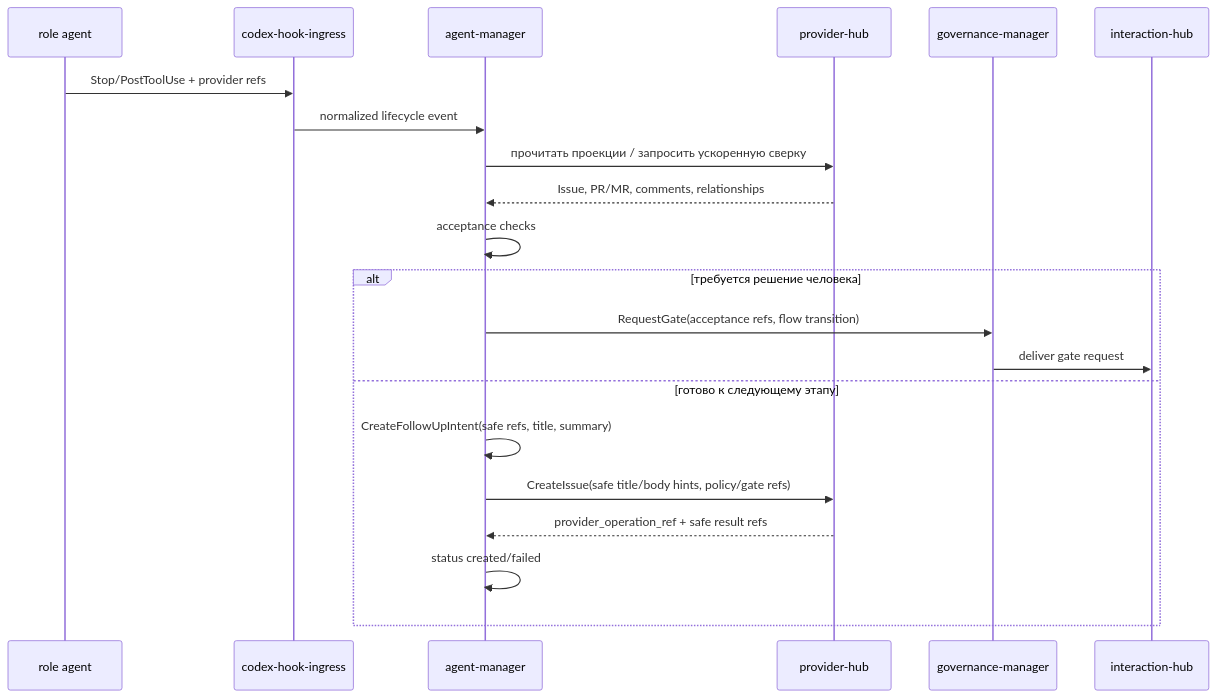
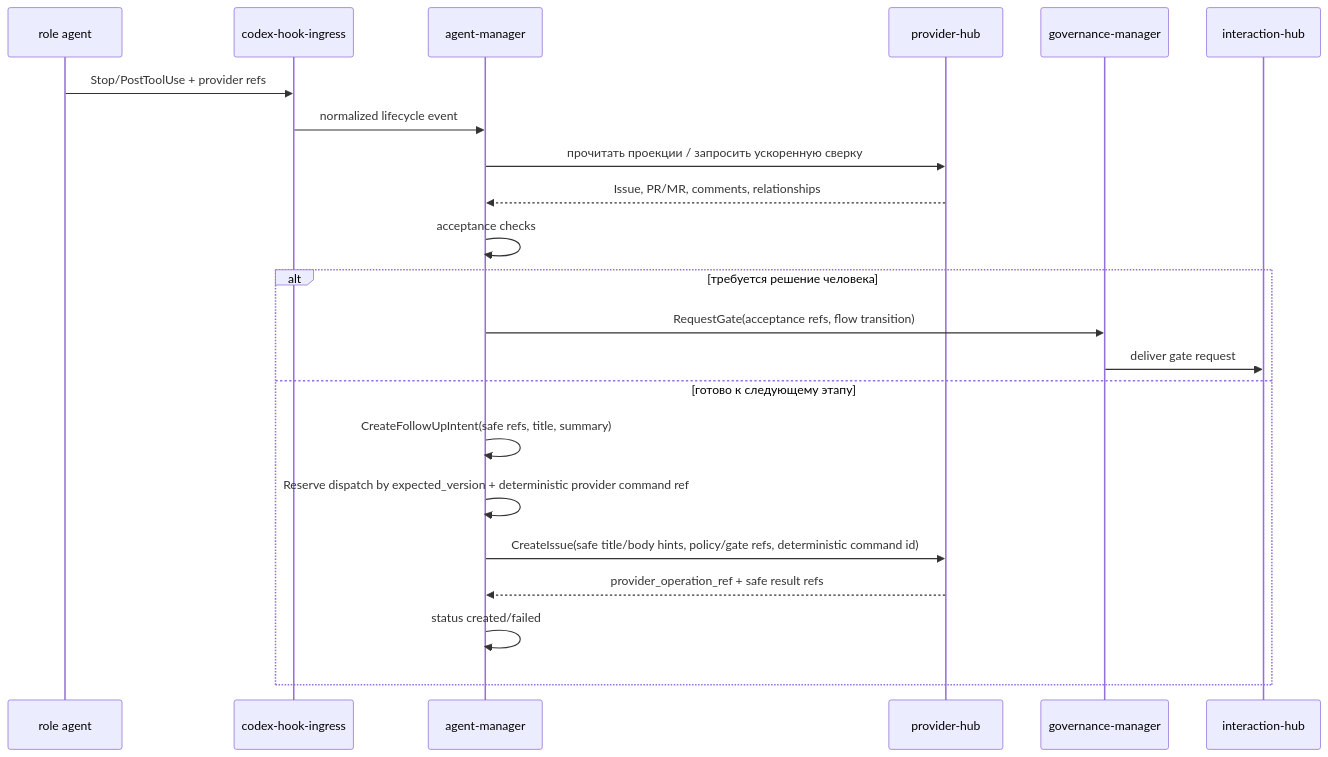
One commit to codex-k8s/kodex changed the third of 3 diagrams in docs/domains/agent-orchestration/architecture/design.md. Above: the diagram before and after it, drawn with Mermaid. The commit also changed other lines of this file and 10 other files, not shown here.

Commit message:
Serialize follow-up dispatch before provider write

````diff
--- a/docs/domains/agent-orchestration/architecture/design.md
+++ b/docs/domains/agent-orchestration/architecture/design.md
@@ -122,23 +122,24 @@
 ```mermaid
 sequenceDiagram
   participant Runner as role agent
   participant Hooks as codex-hook-ingress
   participant AM as agent-manager
   participant PH as provider-hub
   participant GOV as governance-manager
   participant IH as interaction-hub
   Runner->>Hooks: Stop/PostToolUse + provider refs
   Hooks->>AM: normalized lifecycle event
   AM->>PH: прочитать проекции / запросить ускоренную сверку
   PH-->>AM: Issue, PR/MR, comments, relationships
   AM->>AM: acceptance checks
   alt требуется решение человека
     AM->>GOV: RequestGate(acceptance refs, flow transition)
     GOV->>IH: deliver gate request
   else готово к следующему этапу
     AM->>AM: CreateFollowUpIntent(safe refs, title, summary)
-    AM->>PH: CreateIssue(safe title/body hints, policy/gate refs)
+    AM->>AM: Reserve dispatch by expected_version + deterministic provider command ref
+    AM->>PH: CreateIssue(safe title/body hints, policy/gate refs, deterministic command id)
     PH-->>AM: provider_operation_ref + safe result refs
     AM->>AM: status created/failed
   end
 ```
````
